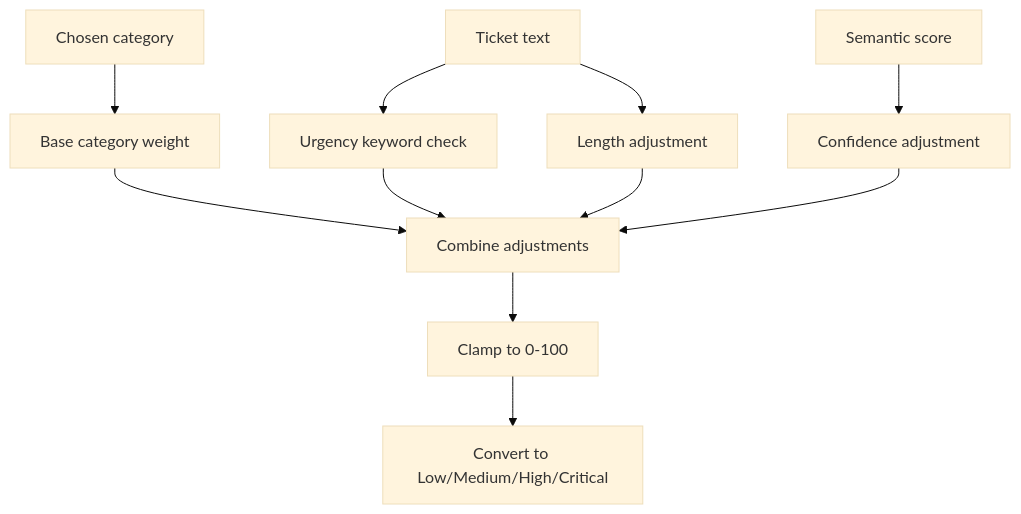
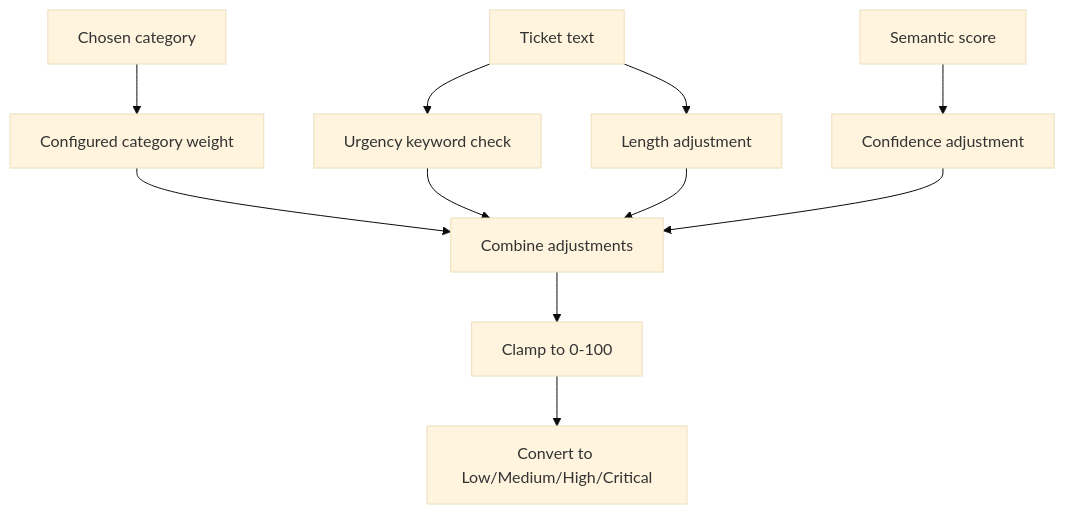
The fourth of 5 diagrams in docs/services/ai-service/flows.md (Plymouth-University/comp2003-2025-2026-team-3), drawn with Mermaid (base theme) before and after one commit. The commit also changed other lines of this file and 5 other files, not shown here.

````diff
--- a/docs/services/ai-service/flows.md
+++ b/docs/services/ai-service/flows.md
@@ -178,14 +175,14 @@
 ```mermaid
 flowchart TD
-  Category[Chosen category] --> Base[Base category weight]
+  Category[Chosen category] --> Base[Configured category weight]
   Text[Ticket text] --> Urgency[Urgency keyword check]
   Confidence[Semantic score] --> ConfAdj[Confidence adjustment]
   Text --> LengthAdj[Length adjustment]
 
   Base --> Sum[Combine adjustments]
   Urgency --> Sum
   ConfAdj --> Sum
   LengthAdj --> Sum
   Sum --> Clamp[Clamp to 0-100]
   Clamp --> Label[Convert to Low/Medium/High/Critical]
 ```
````
